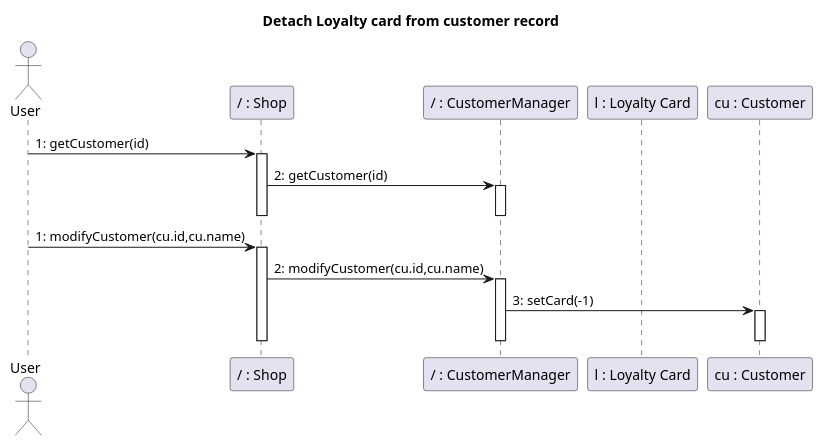
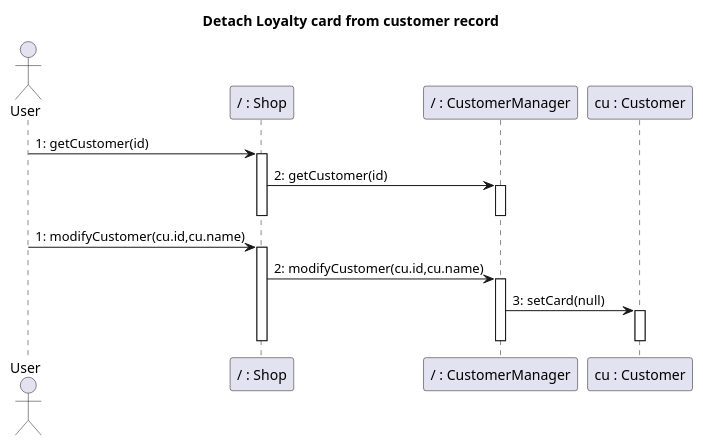
One commit to nicolabattaglino/ezshop changed diagram 16 of 25 in Deliverables/DesignDocument.md. Above: the diagram before and after it, drawn with PlantUML. The commit also changed other lines of this file, not shown here.

Commit message:
sequence diagrams

````diff
--- a/Deliverables/DesignDocument.md
+++ b/Deliverables/DesignDocument.md
@@ -867,29 +864,28 @@
 ```plantuml
 @startuml
 
 title Detach Loyalty card from customer record
 actor User
 participant "/ : Shop" as Shop
 participant "/ : CustomerManager" as CustomerManager
-participant "l : Loyalty Card" as LoyaltyCard
 participant "cu : Customer" as Customer
 
 User -> Shop: 1: getCustomer(id)
 activate Shop
 Shop -> CustomerManager: 2: getCustomer(id)
 activate CustomerManager
 deactivate CustomerManager
 deactivate Shop
 
 User -> Shop: 1: modifyCustomer(cu.id,cu.name)
 activate Shop
 Shop -> CustomerManager: 2: modifyCustomer(cu.id,cu.name)
 activate CustomerManager
-CustomerManager -> Customer: 3: setCard(-1)
+CustomerManager -> Customer: 3: setCard(null)
 activate Customer
 deactivate Customer
 deactivate CustomerManager
 deactivate Shop
 
 @enduml
 ```
````
